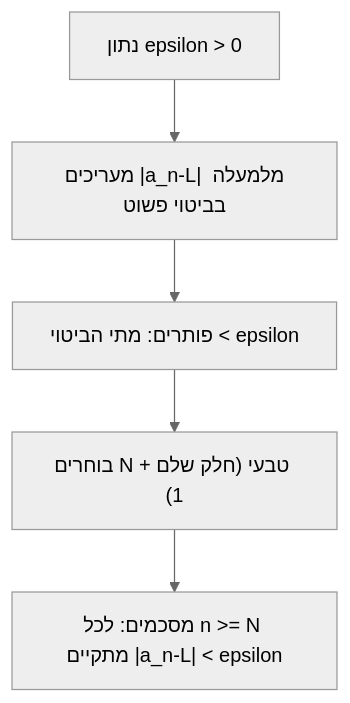
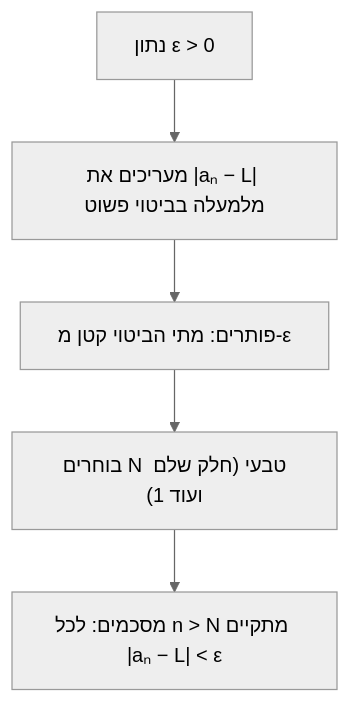
The diagram in חשבון אינפיסימטלי 1/יחידה 2 - סדרות וגבולות/גבול של סדרה.md (Moshiko-Sarig/Calc1-The-Open-University), drawn with Mermaid (neutral theme) before and after one commit. The commit also changed other lines of this file and 47 other files, not shown here.

````diff
--- a/חשבון אינפיסימטלי 1/יחידה 2 - סדרות וגבולות/גבול של סדרה.md
+++ b/חשבון אינפיסימטלי 1/יחידה 2 - סדרות וגבולות/גבול של סדרה.md
@@ -92,7 +103,7 @@
 ```mermaid
 flowchart TD
-    A["נתון epsilon > 0"] --> B["מעריכים |a_n-L| מלמעלה בביטוי פשוט"]
-    B --> C["פותרים: מתי הביטוי < epsilon"]
-    C --> D["בוחרים N טבעי (חלק שלם + 1)"]
-    D --> E["מסכמים: לכל n >= N מתקיים |a_n-L| < epsilon"]
+    A["נתון ε > 0"] --> B["מעריכים את |aₙ − L| מלמעלה בביטוי פשוט"]
+    B --> C["פותרים: מתי הביטוי קטן מ-ε"]
+    C --> D["בוחרים N טבעי (חלק שלם ועוד 1)"]
+    D --> E["מסכמים: לכל n > N מתקיים |aₙ − L| < ε"]
 ```
````
